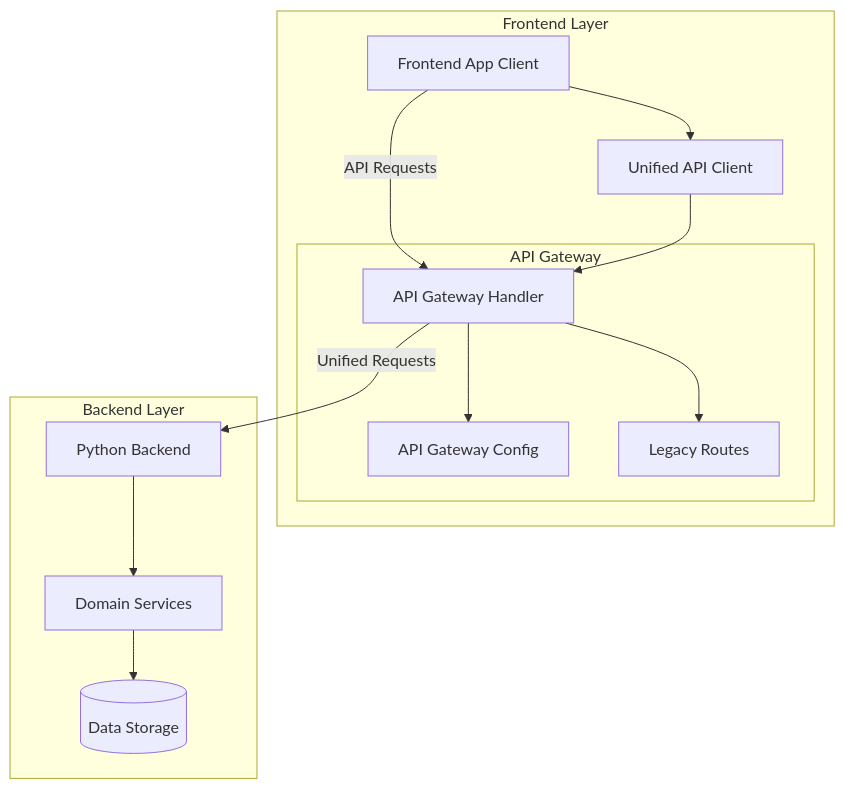
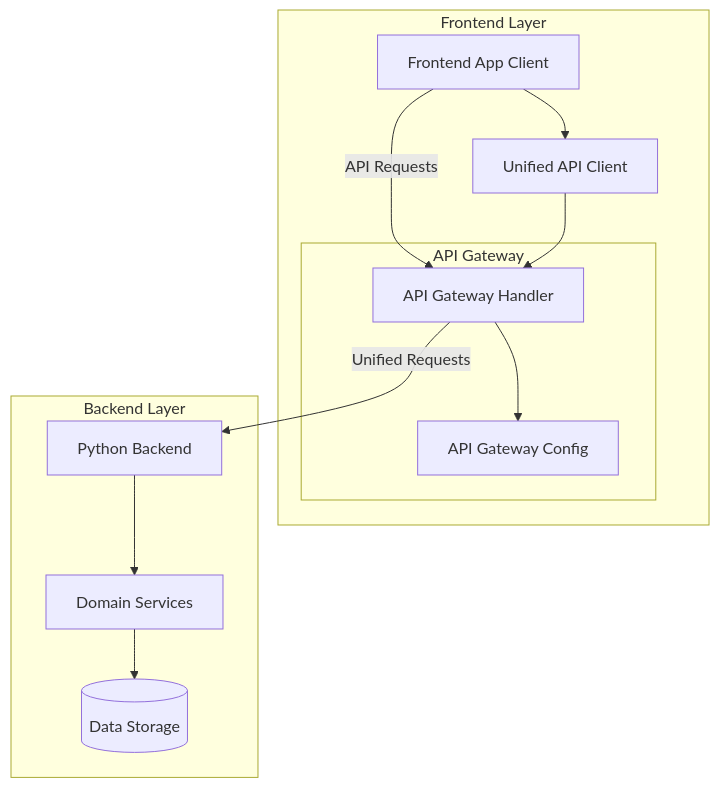
The first of 3 diagrams in docs/architecture/unified_api_gateway_diagram.md (Victordtesla24/containerised-birth-time-rectifier), drawn with Mermaid before and after one commit. The commit also changed other lines of this file and 2469 other files, not shown here.

````diff
--- a/docs/architecture/unified_api_gateway_diagram.md
+++ b/docs/architecture/unified_api_gateway_diagram.md
@@ -5,27 +5,25 @@
 ```mermaid
 graph TD
     Client[Frontend App Client] --> |API Requests| Gateway[API Gateway Handler]
     Gateway --> |Unified Requests| Python[Python Backend]
 
     subgraph "Frontend Layer"
         Client
         APIClient[Unified API Client]
         Client --> APIClient
         APIClient --> Gateway
 
         subgraph "API Gateway"
             Gateway
             Config[API Gateway Config]
             Gateway --> Config
-            LegacyRoutes[Legacy Routes]
-            Gateway --> LegacyRoutes
         end
     end
 
     subgraph "Backend Layer"
         Python
         Services[Domain Services]
         Python --> Services
         Services --> DB[(Data Storage)]
     end
 ```
````
